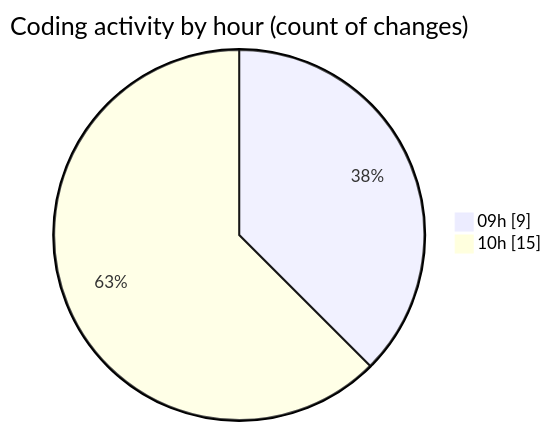
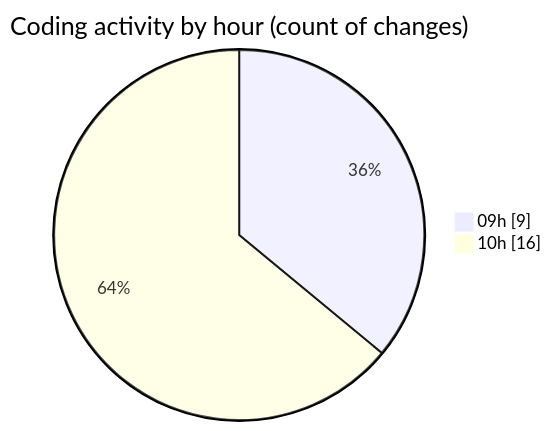
One commit to BS-eng2023/code-tracking changed the second of 2 diagrams in 2025-05-08/react/README.md. Above: the diagram before and after it, drawn with Mermaid. The commit also changed other lines of this file and 1 other file, not shown here.

````diff
--- a/2025-05-08/react/README.md
+++ b/2025-05-08/react/README.md
@@ -36,6 +36,6 @@
 ```mermaid
 pie showData
 title Coding activity by hour (count of changes)
 "09h" : 9
-"10h" : 15
+"10h" : 16
 ```
````
